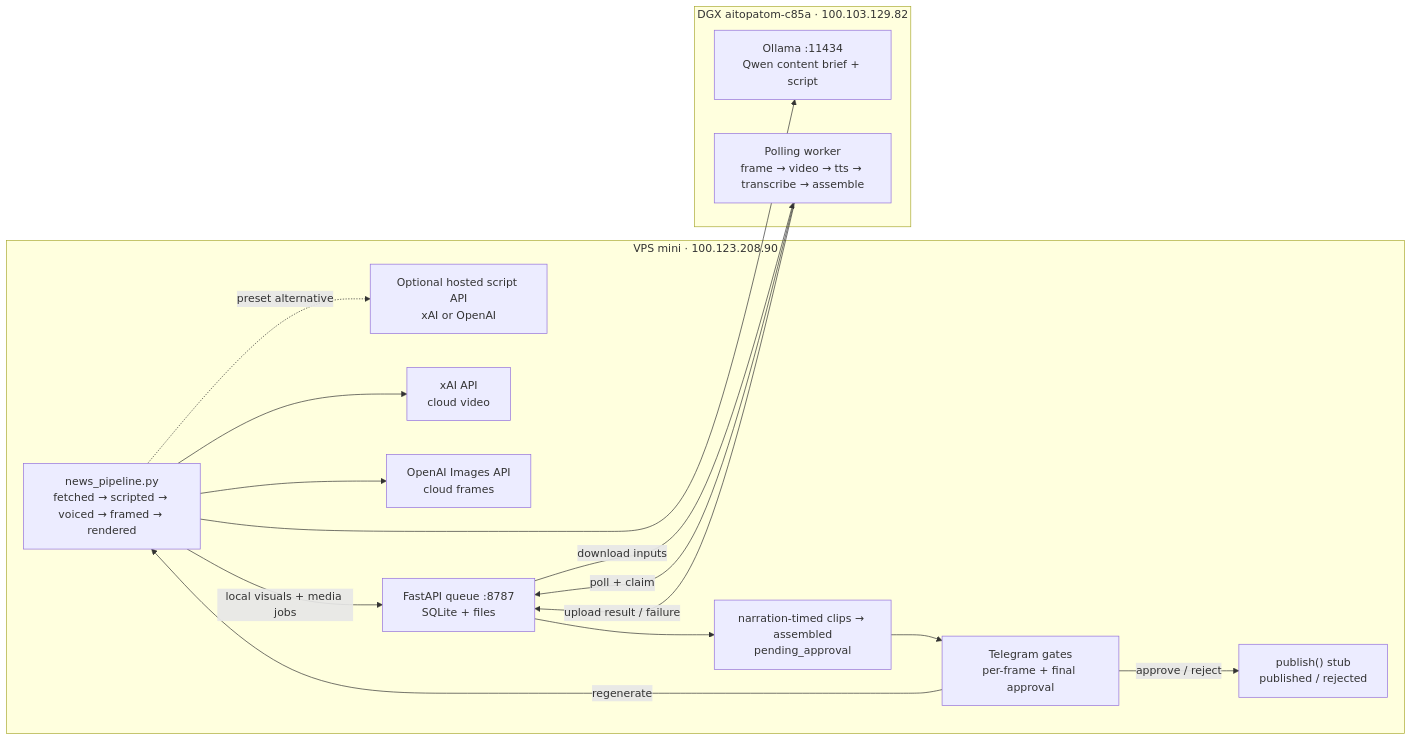
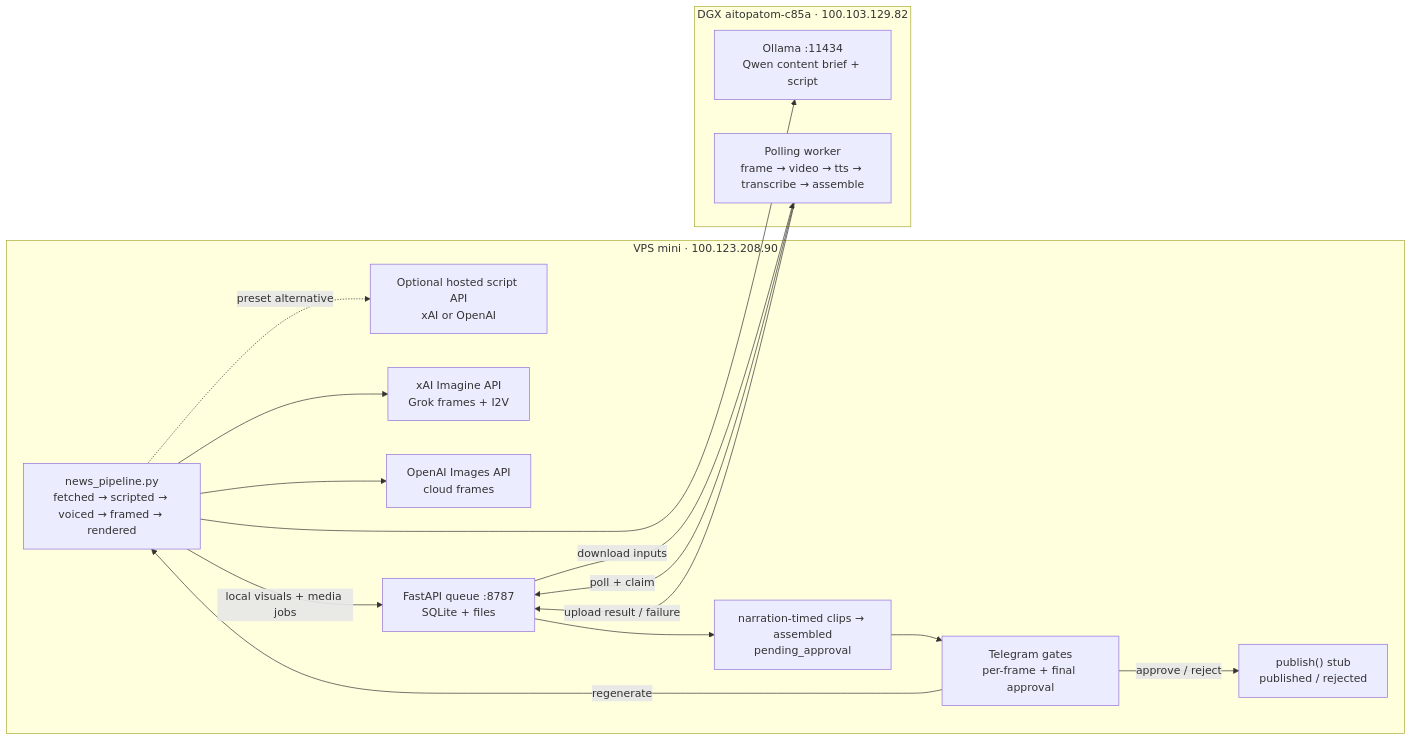
The diagram in docs/ARCHITECTURE.md (Tacdelgineer/framegate), drawn with Mermaid before and after one commit. The commit also changed other lines of this file and 11 other files, not shown here.

Commit message:
Add Grok Imagine visual providers

````diff
--- a/docs/ARCHITECTURE.md
+++ b/docs/ARCHITECTURE.md
@@ -37,31 +38,31 @@
 ```mermaid
 flowchart LR
     subgraph VPS["VPS mini · 100.123.208.90"]
         P["news_pipeline.py<br/>fetched → scripted → voiced → framed → rendered"]
         X["Optional hosted script API<br/>xAI or OpenAI"]
-        V["xAI API<br/>cloud video"]
+        V["xAI Imagine API<br/>Grok frames + I2V"]
         O["OpenAI Images API<br/>cloud frames"]
         Q["FastAPI queue :8787<br/>SQLite + files"]
         A["narration-timed clips → assembled<br/>pending_approval"]
         T["Telegram gates<br/>per-frame + final approval"]
         U["publish() stub<br/>published / rejected"]
     end
 
     subgraph DGX["DGX aitopatom-c85a · 100.103.129.82"]
         L["Ollama :11434<br/>Qwen content brief + script"]
         W["Polling worker<br/>frame → video → tts → transcribe → assemble"]
     end
 
     P --> L
     P -. preset alternative .-> X
     P --> V
     P --> O
     P -->|local visuals + media jobs| Q
     W -->|poll + claim| Q
     Q -->|download inputs| W
     W -->|upload result / failure| Q
     Q --> A
     A --> T
     T -->|approve / reject| U
     T -->|regenerate| P
 ```
````
